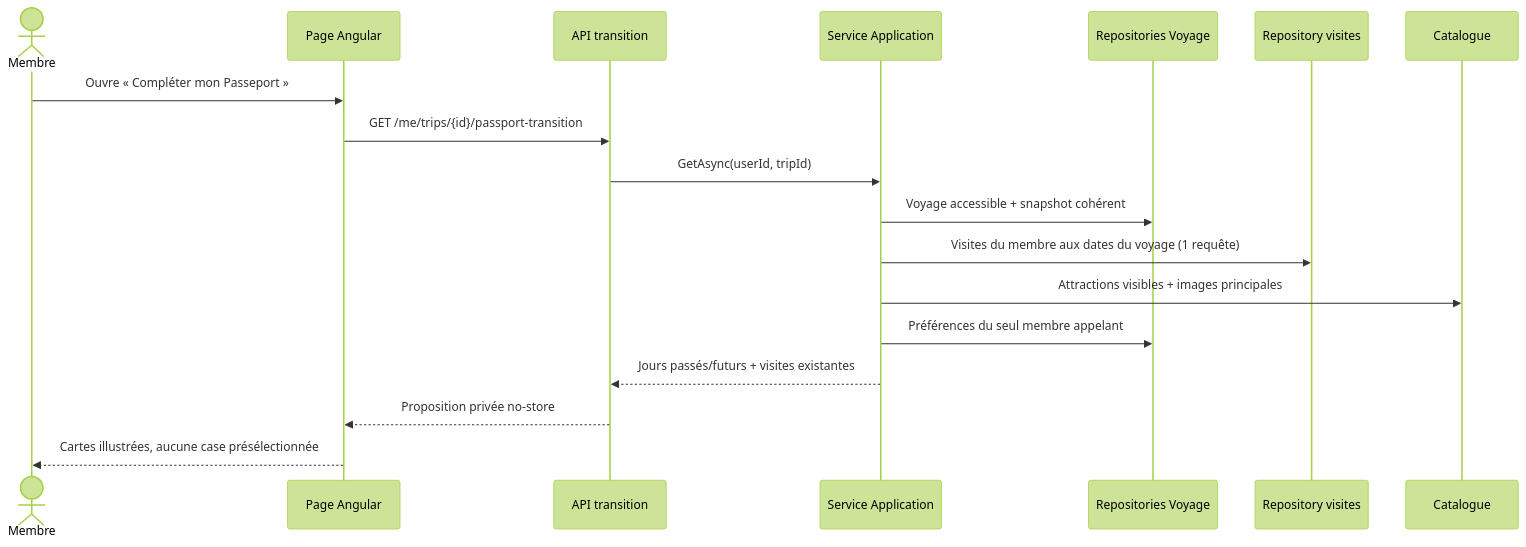
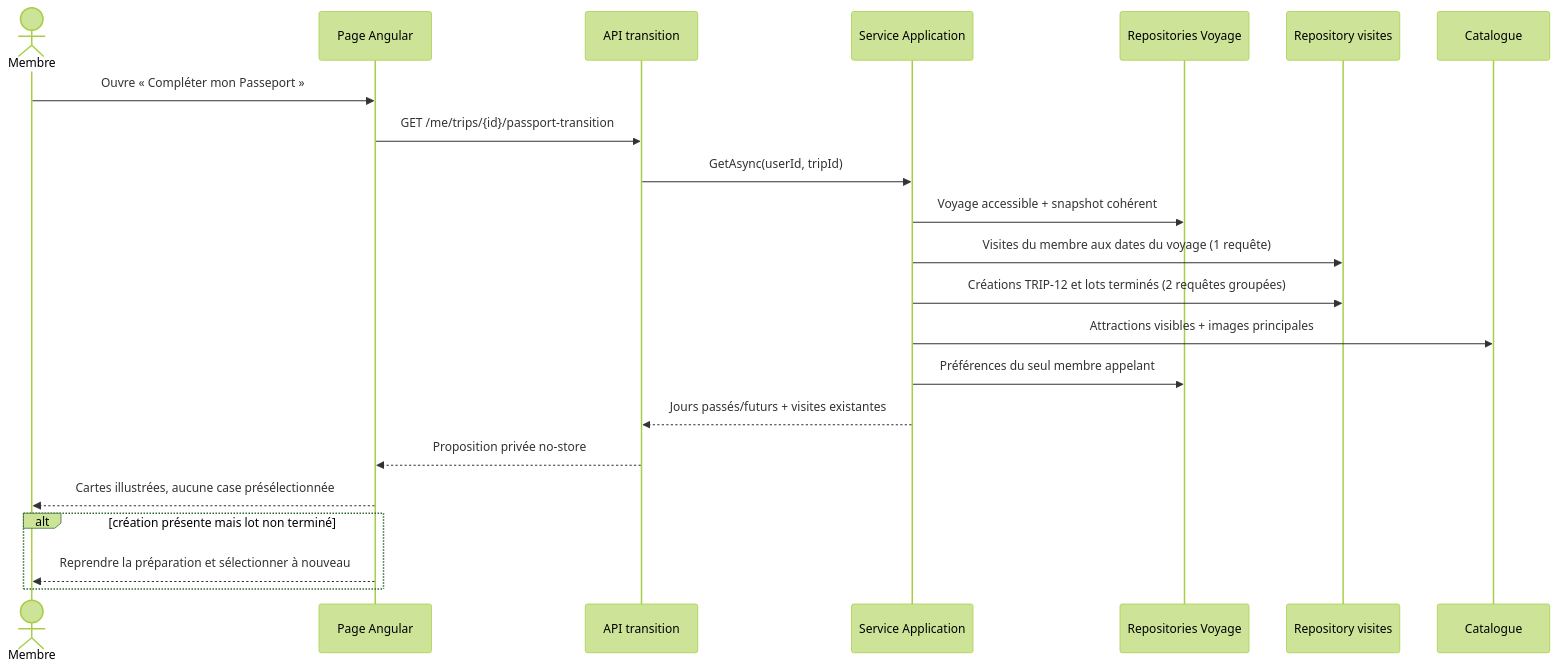
The third of 5 diagrams in docs/architecture/product-growth-trip-12-passport-transition-2026-09-25.md (Ced59/AmusementParkProject), drawn with Mermaid (forest theme) before and after one commit. The commit also changed other lines of this file and 35 other files, not shown here.

````diff
--- a/docs/architecture/product-growth-trip-12-passport-transition-2026-09-25.md
+++ b/docs/architecture/product-growth-trip-12-passport-transition-2026-09-25.md
@@ -147,21 +157,26 @@
 ```mermaid
 sequenceDiagram
     actor M as Membre
     participant UI as Page Angular
     participant API as API transition
     participant APP as Service Application
     participant TRIP as Repositories Voyage
     participant PASS as Repository visites
     participant CAT as Catalogue
 
     M->>UI: Ouvre « Compléter mon Passeport »
     UI->>API: GET /me/trips/{id}/passport-transition
     API->>APP: GetAsync(userId, tripId)
     APP->>TRIP: Voyage accessible + snapshot cohérent
     APP->>PASS: Visites du membre aux dates du voyage (1 requête)
+    APP->>PASS: Créations TRIP-12 et lots terminés (2 requêtes groupées)
     APP->>CAT: Attractions visibles + images principales
     APP->>TRIP: Préférences du seul membre appelant
     APP-->>API: Jours passés/futurs + visites existantes
     API-->>UI: Proposition privée no-store
     UI-->>M: Cartes illustrées, aucune case présélectionnée
+
+    alt création présente mais lot non terminé
+      UI-->>M: Reprendre la préparation et sélectionner à nouveau
+    end
 ```
````
